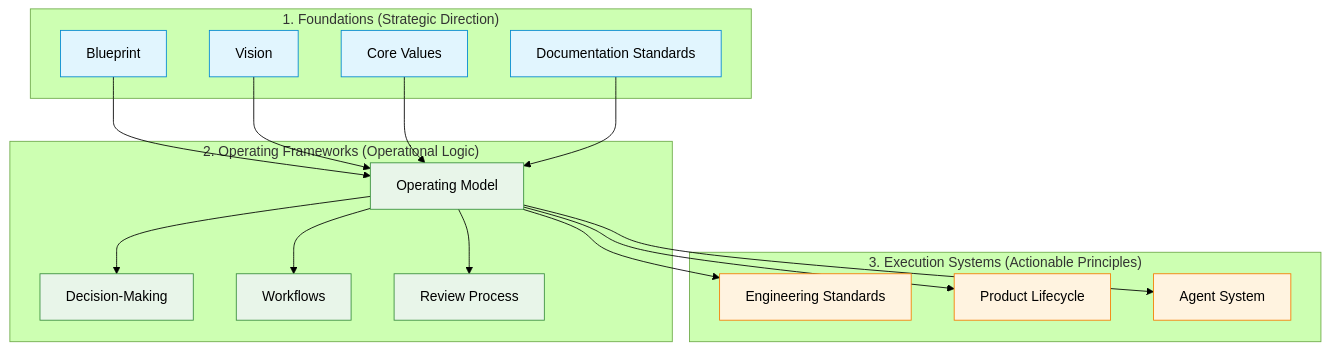
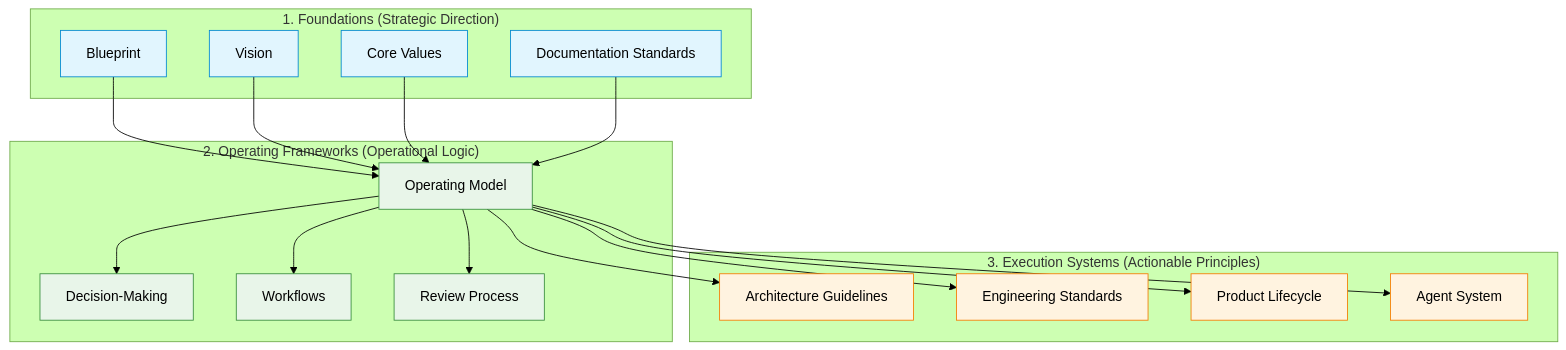
The diagram in docs/README.md (vectorlabs-studio/vectorlabs-studio), drawn with Mermaid (forest theme) before and after one commit. The commit also changed other lines of this file, not shown here.

Commit message:
docs: include ARCHITECTURE_GUIDELINES.md in handbook README

````diff
--- a/docs/README.md
+++ b/docs/README.md
@@ -23,38 +23,40 @@
 ```mermaid
 graph TD
     classDef default fill:#f9f9f9,stroke:#333,stroke-width:1px;
     classDef foundation fill:#e1f5fe,stroke:#0288d1,stroke-width:1px;
     classDef framework fill:#e8f5e9,stroke:#388e3c,stroke-width:1px;
     classDef execution fill:#fff3e0,stroke:#f57c00,stroke-width:1px;
 
     subgraph Foundations ["1. Foundations (Strategic Direction)"]
         blueprint["Blueprint"]:::foundation
         vision["Vision"]:::foundation
         values["Core Values"]:::foundation
         doc_standards["Documentation Standards"]:::foundation
     end
 
     subgraph Frameworks ["2. Operating Frameworks (Operational Logic)"]
         op_model["Operating Model"]:::framework
         dec_making["Decision-Making"]:::framework
         workflows["Workflows"]:::framework
         review["Review Process"]:::framework
     end
 
     subgraph Execution ["3. Execution Systems (Actionable Principles)"]
+        architecture["Architecture Guidelines"]:::execution
         eng_standards["Engineering Standards"]:::execution
         lifecycle["Product Lifecycle"]:::execution
         agents["Agent System"]:::execution
     end
 
     blueprint --> op_model
     vision --> op_model
     values --> op_model
     doc_standards --> op_model
     op_model --> dec_making
     op_model --> workflows
     op_model --> review
+    op_model --> architecture
     op_model --> eng_standards
     op_model --> lifecycle
     op_model --> agents
 ```
````
